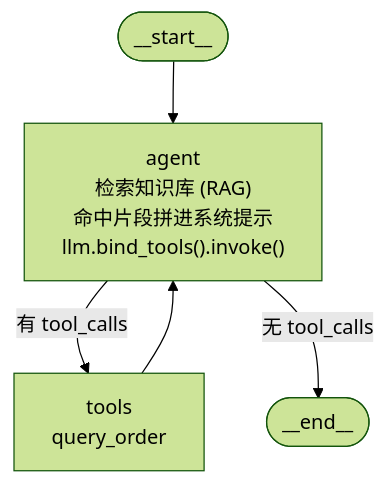
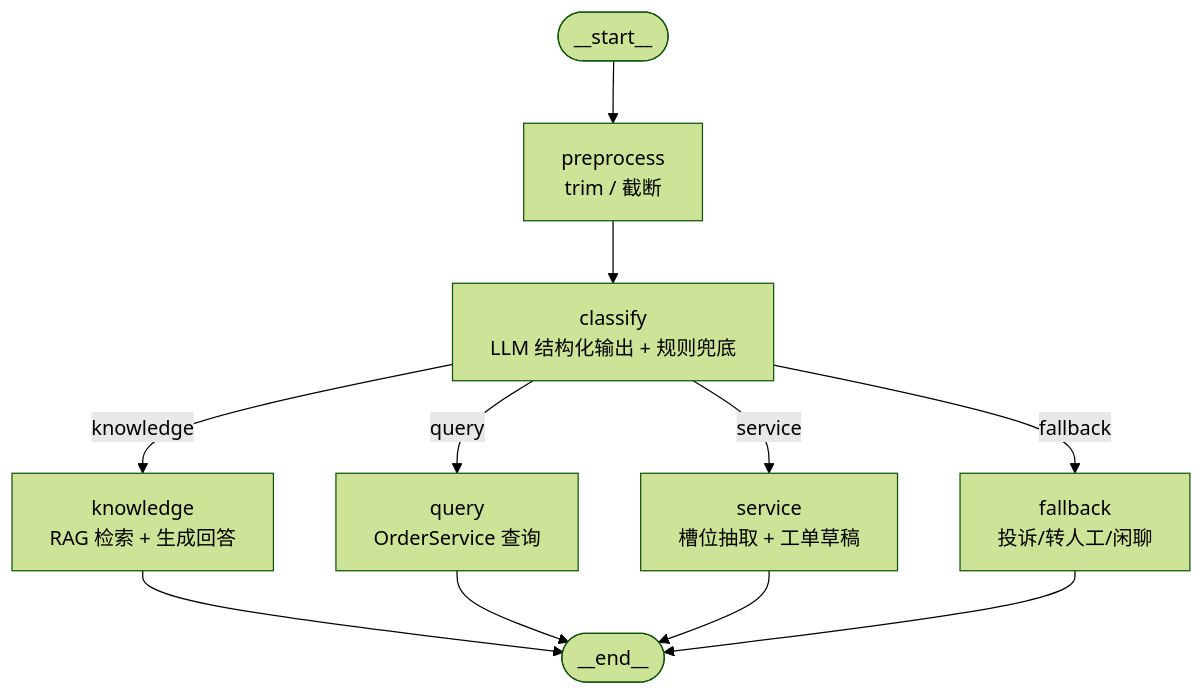
The diagram in docs/architecture.md (II777II/qa-ticket-agent), drawn with Mermaid (forest theme) before and after one commit. The commit also changed other lines of this file and 24 other files, not shown here.

First line of the commit message:
主干路由：LLM 意图识别 + 四路路由

````diff
--- a/docs/architecture.md
+++ b/docs/architecture.md
@@ -43,9 +42,13 @@
 ```mermaid
 flowchart TD
-    S([__start__]) --> A
-    A["agent<br/>检索知识库 (RAG)<br/>命中片段拼进系统提示<br/>llm.bind_tools().invoke()"]
-    A -- 有 tool_calls --> T[tools]
-    T["tools<br/>query_order"]
-    A -- 无 tool_calls --> E([__end__])
-    T --> A
+    S([__start__]) --> P["preprocess<br/>trim / 截断"]
+    P --> C["classify<br/>LLM 结构化输出 + 规则兜底"]
+    C -- knowledge --> K["knowledge<br/>RAG 检索 + 生成回答"]
+    C -- query --> Q["query<br/>OrderService 查询"]
+    C -- service --> V["service<br/>槽位抽取 + 工单草稿"]
+    C -- fallback --> F["fallback<br/>投诉/转人工/闲聊"]
+    K --> E([__end__])
+    Q --> E
+    V --> E
+    F --> E
 ```
````
